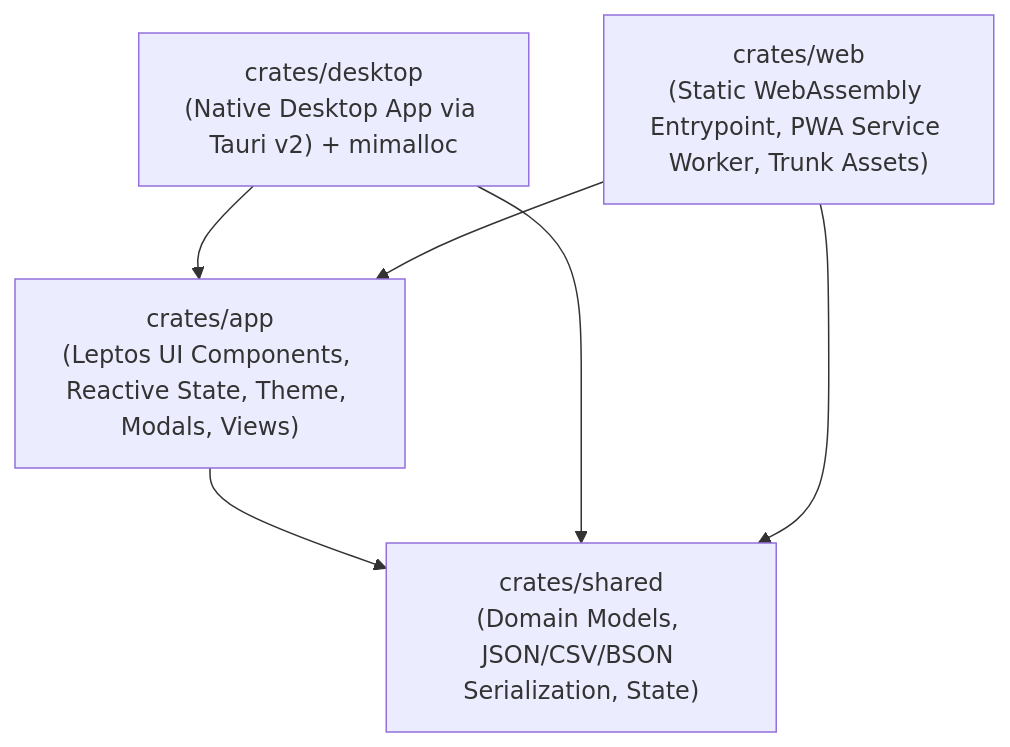
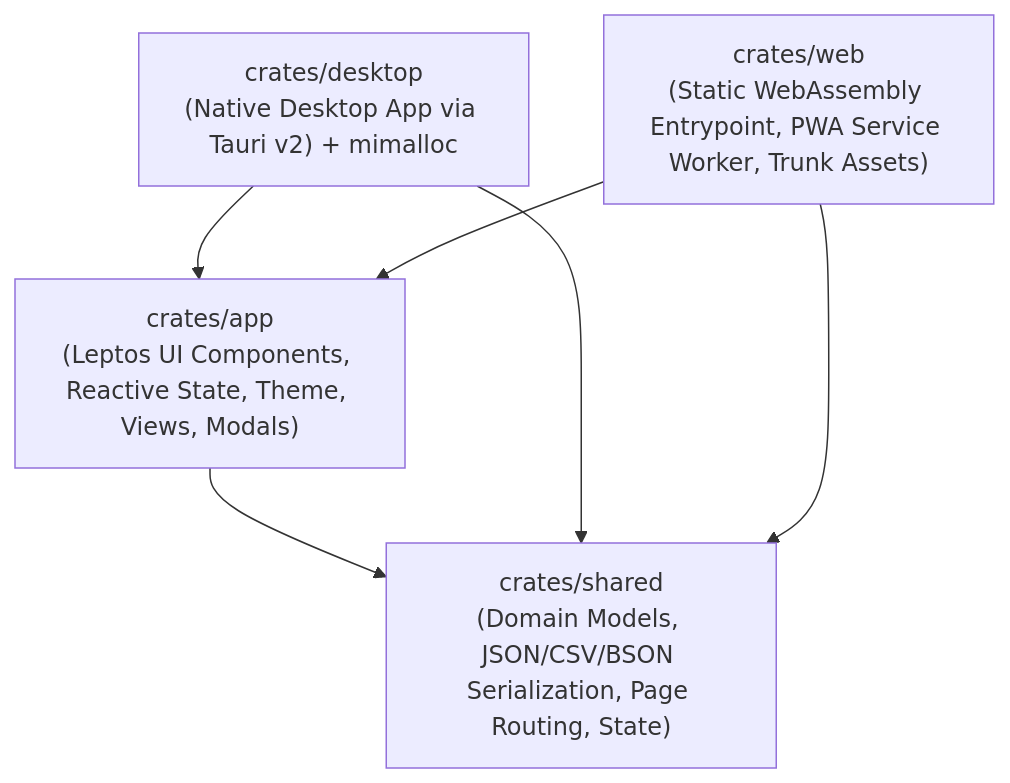
Before and after one commit to Flaming-Chicken/efficient-leptos-template: the diagram in README.md, drawn with Mermaid. The commit also changed other lines of this file and 11 other files, not shown here.

Commit message:
feat(ui, docs): add multi-page routing with Dashboard and About views, status footer, and comprehensive template docs

````diff
--- a/README.md
+++ b/README.md
@@ -21,13 +33,13 @@
 ```mermaid
 graph TD
-    Shared["crates/shared<br/>(Domain Models, JSON/CSV/BSON Serialization, State)"]
-    App["crates/app<br/>(Leptos UI Components, Reactive State, Theme, Modals, Views)"]
+    Shared["crates/shared<br/>(Domain Models, JSON/CSV/BSON Serialization, Page Routing, State)"]
+    App["crates/app<br/>(Leptos UI Components, Reactive State, Theme, Views, Modals)"]
     Desktop["crates/desktop<br/>(Native Desktop App via Tauri v2) + mimalloc"]
     Web["crates/web<br/>(Static WebAssembly Entrypoint, PWA Service Worker, Trunk Assets)"]
 
     App --> Shared
     Desktop --> App
     Desktop --> Shared
     Web --> App
     Web --> Shared
 ```
````
